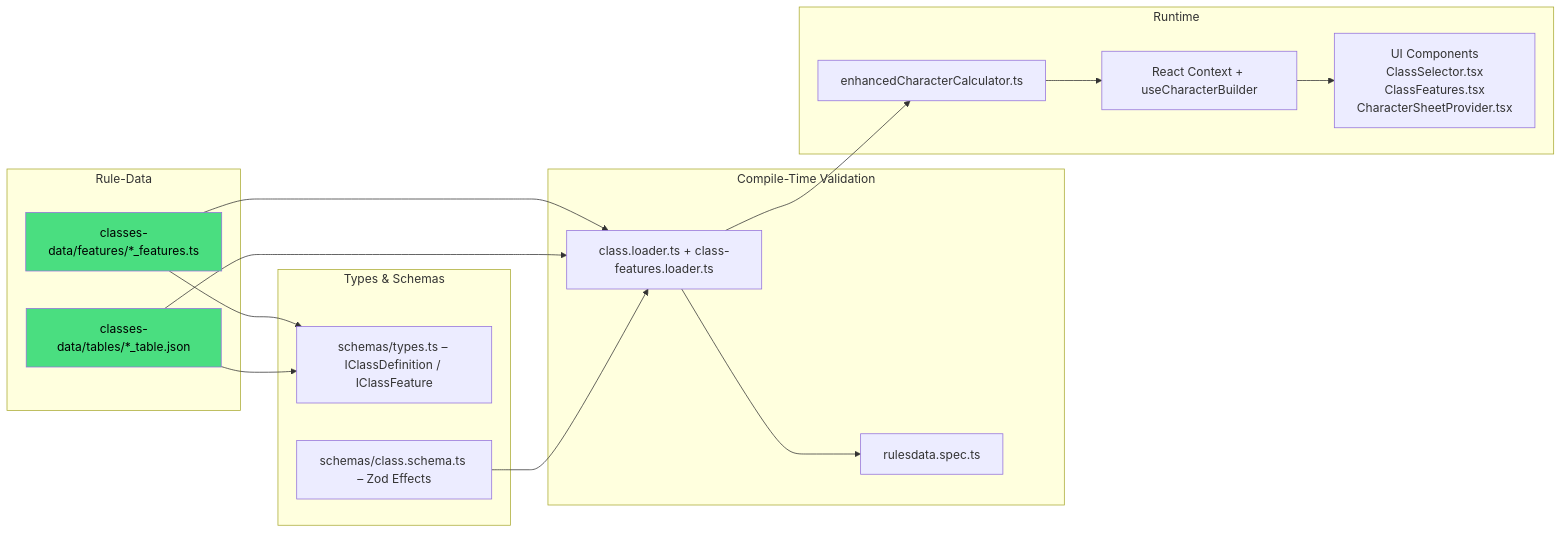
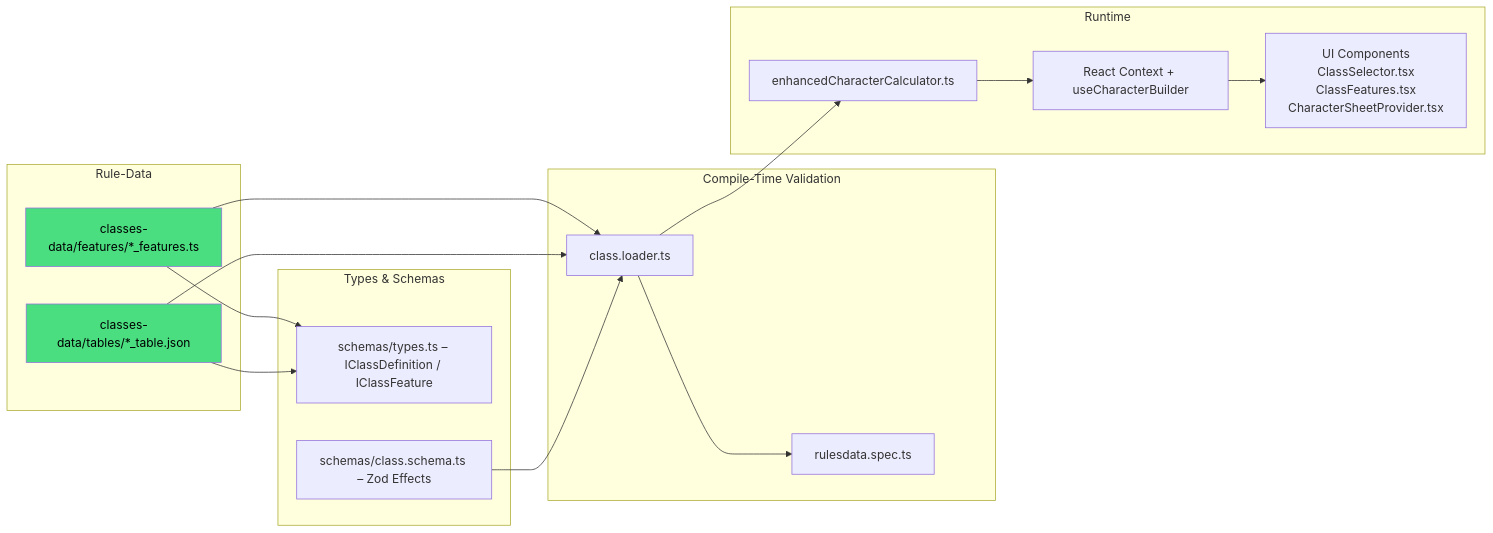
Before and after one commit to YasafVol/dc20clean: the diagram in docs/systems/CLASS_SYSTEM.MD, drawn with Mermaid. The commit also changed other lines of this file and 7 other files, not shown here.

````diff
--- a/docs/systems/CLASS_SYSTEM.MD
+++ b/docs/systems/CLASS_SYSTEM.MD
@@ -12,34 +12,34 @@
 ```mermaid
 flowchart LR
     subgraph Rule-Data
         A1[classes-data/features/*_features.ts]
         A2[classes-data/tables/*_table.json]
         style A1 fill:#4ade80,color:#000
         style A2 fill:#4ade80,color:#000
     end
 
     subgraph Types & Schemas
         B1[schemas/types.ts – IClassDefinition / IClassFeature]
         B2[schemas/class.schema.ts – Zod Effects]
     end
 
     A1 --> B1
     A2 --> B1
 
     subgraph Compile-Time Validation
-        C1[class.loader.ts + class-features.loader.ts]
+        C1[class.loader.ts]
         C2[rulesdata.spec.ts]
     end
 
     A1 & A2 --> C1
     B2 --> C1
     C1 --> C2
 
     subgraph Runtime
         D1[enhancedCharacterCalculator.ts]
         D2[React Context + useCharacterBuilder]
         D3[UI Components<br/>ClassSelector.tsx<br/>ClassFeatures.tsx<br/>CharacterSheetProvider.tsx]
     end
 
     C1 --> D1 --> D2 --> D3
 ```
````
